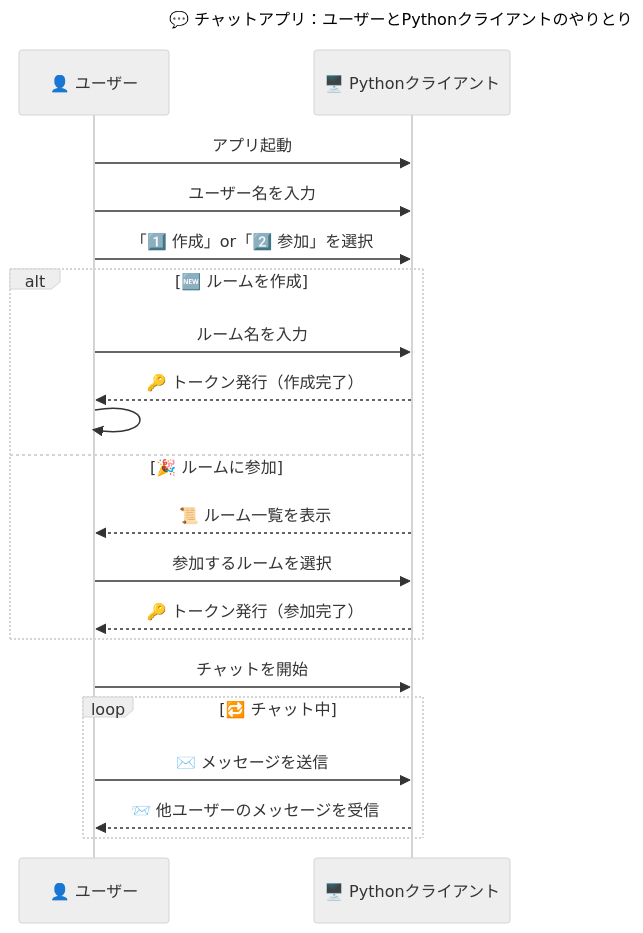
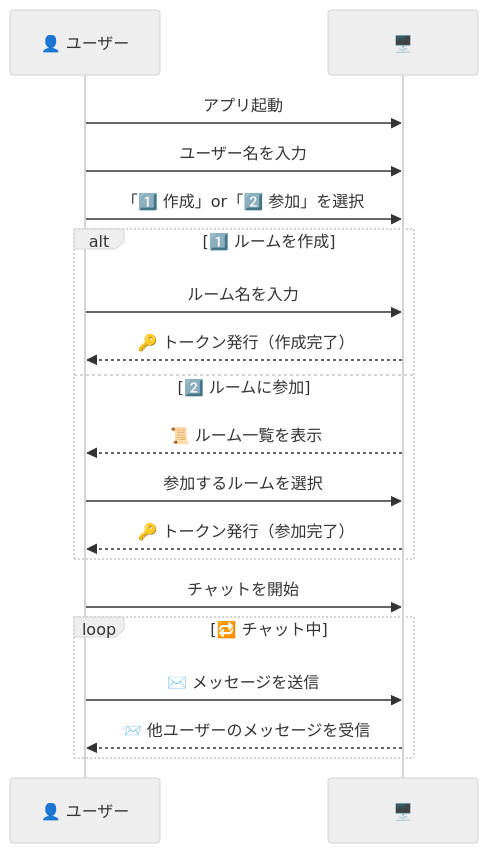
The first of 3 diagrams in README.md (BackendExplorer/Tenshin), drawn with Mermaid (neutral theme) before and after one commit.

````diff
--- a/README.md
+++ b/README.md
@@ -1,35 +1,32 @@
 ```mermaid
 sequenceDiagram
-    title 💬 チャットアプリ：ユーザーとPythonクライアントのやりとり
 
     participant ユーザー as 👤 ユーザー
-    participant クライアント as 🖥️ Pythonクライアント
+    participant クライアント as 🖥️ 
 
     %% === 🚀 起動フェーズ ===
     ユーザー->>クライアント: アプリ起動
     ユーザー->>クライアント: ユーザー名を入力
     ユーザー->>クライアント: 「1️⃣ 作成」or「2️⃣ 参加」を選択
 
     %% === 🏠 ルーム選択フェーズ ===
-    alt 🆕 ルームを作成
+    alt 1️⃣ ルームを作成
         ユーザー->>クライアント: ルーム名を入力
         クライアント-->>ユーザー: 🔑 トークン発行（作成完了）
-
-        %% ダミーの不可視メッセージで余白を作る
-        ユーザー->>ユーザー: 
-
-    else 🎉 ルームに参加
+    else 2️⃣ ルームに参加
         クライアント-->>ユーザー: 📜 ルーム一覧を表示
         ユーザー->>クライアント: 参加するルームを選択
         クライアント-->>ユーザー: 🔑 トークン発行（参加完了）
     end
 
     %% === 💬 チャットフェーズ ===
     ユーザー->>クライアント: チャットを開始
 
     loop 🔁 チャット中
         ユーザー->>クライアント: ✉️ メッセージを送信
         クライアント-->>ユーザー: 📨 他ユーザーのメッセージを受信
     end
 
+
+
 ```
````
